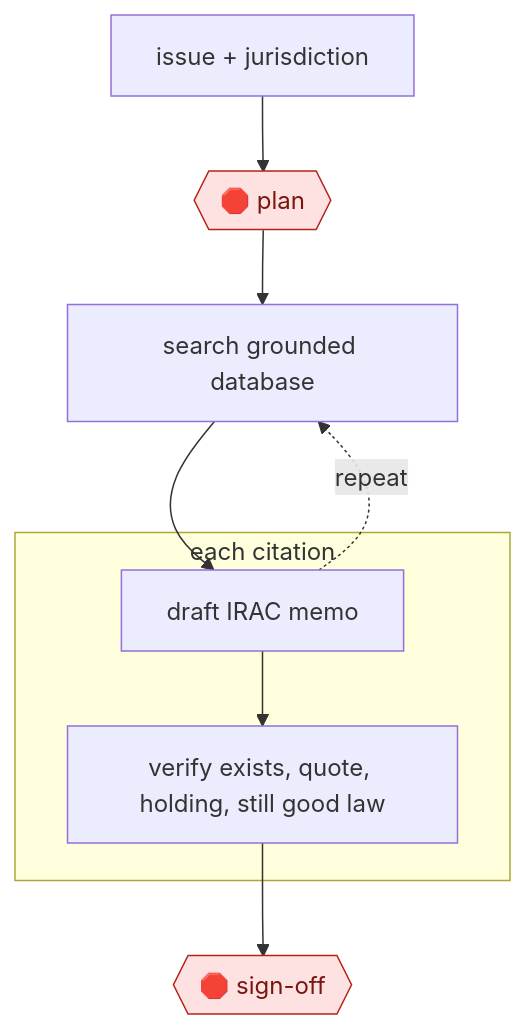
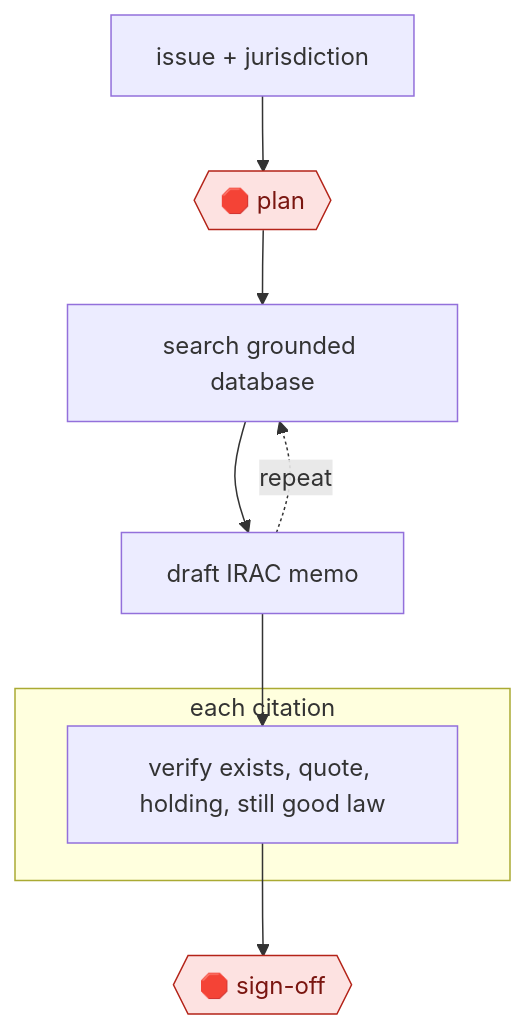
One commit to milesradford99/agent-workflow-atlas changed the diagram in workflows/PRO/LEG/RESEARCH/grounded-legal-memo/README.md. Above: the diagram before and after it, drawn with Mermaid. The commit also changed other lines of this file and 171 other files, not shown here.

````diff
--- a/workflows/PRO/LEG/RESEARCH/grounded-legal-memo/README.md
+++ b/workflows/PRO/LEG/RESEARCH/grounded-legal-memo/README.md
@@ -29,18 +29,18 @@
 ```mermaid
 flowchart TD
   n1["issue + jurisdiction"]
   n2{{"🛑 plan"}}:::stop
+  n3["search grounded database"]
+  n4["draft IRAC memo"]
+  subgraph s5["each citation"]
+  n6["verify exists, quote, holding, still good law"]
+  end
+  n7{{"🛑 sign-off"}}:::stop
   n1 --> n2
-  n3["search grounded database"]
   n2 --> n3
-  n4["draft IRAC memo"]
   n3 --> n4
   n4 -.->|repeat| n3
-  subgraph s5["each citation"]
-  n6["verify exists, quote, holding, still good law"]
   n4 --> n6
-  end
-  n7{{"🛑 sign-off"}}:::stop
   n6 --> n7
   classDef stop fill:#fde2e1,stroke:#b42318,color:#7a1610
 ```
````
